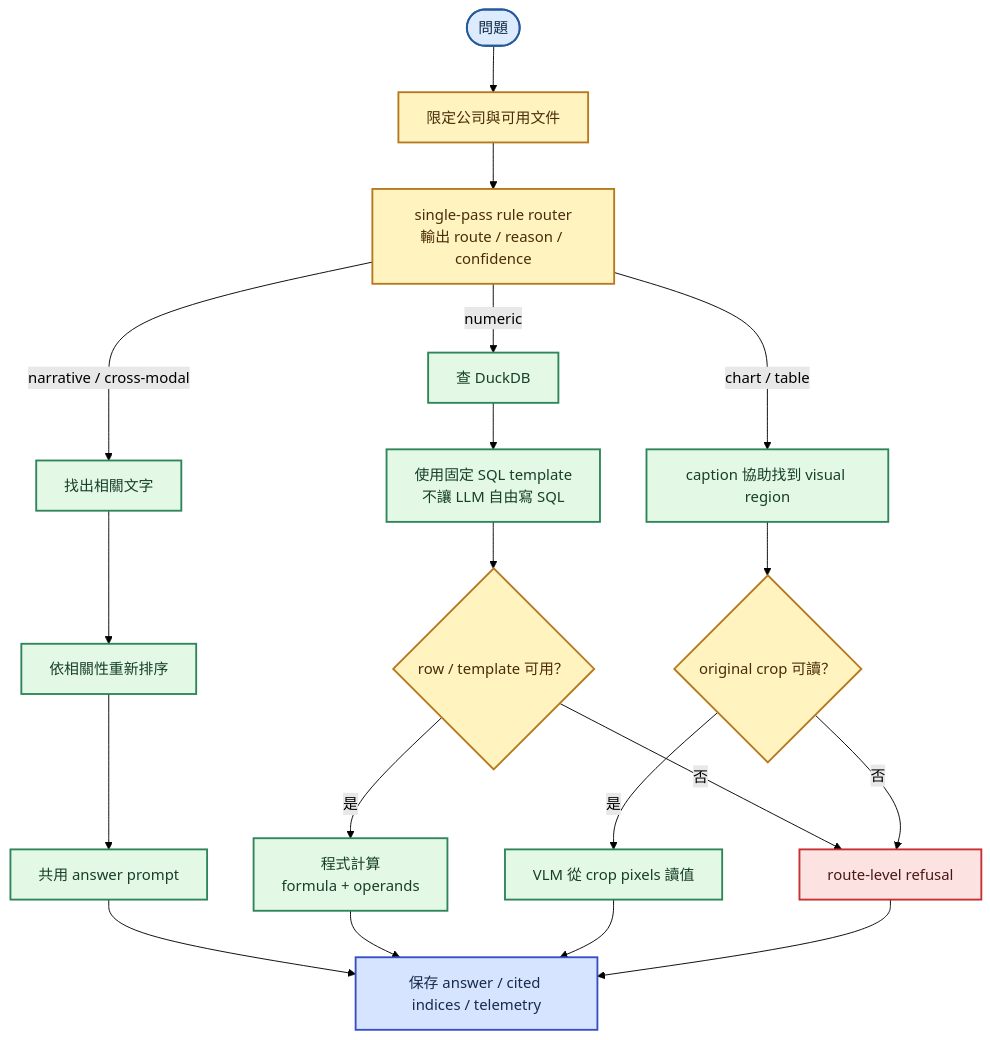
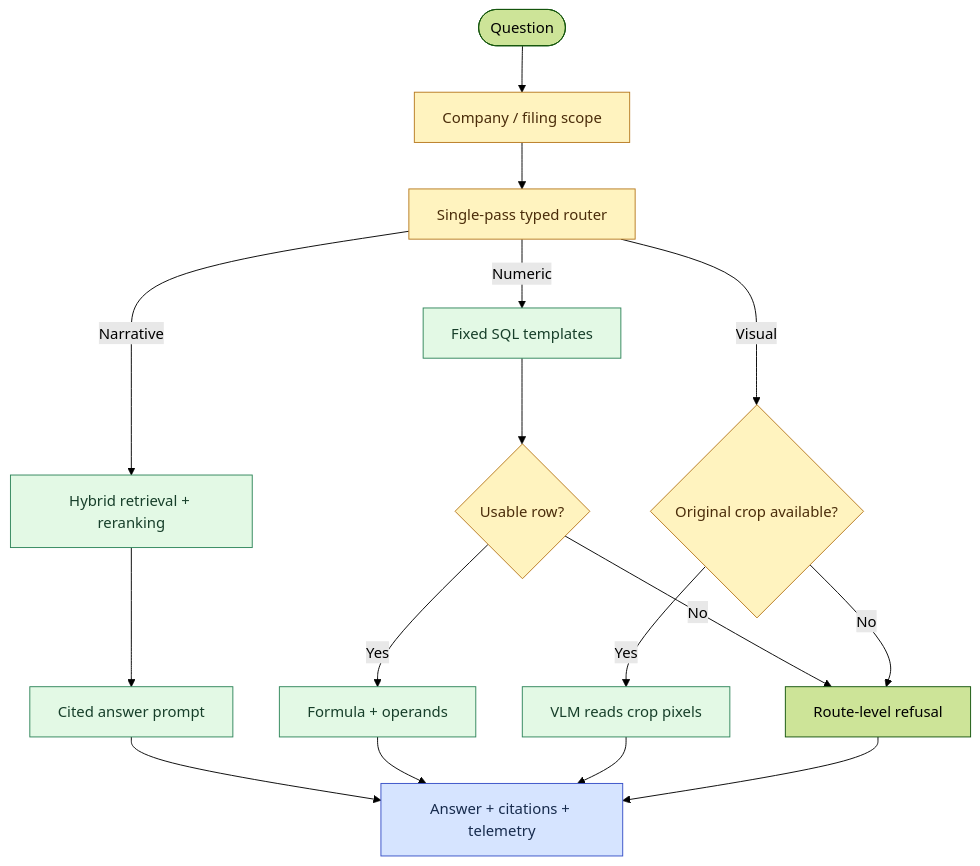
Before and after one commit to kuotunyu/tw-filing-intelligence: the second of 3 diagrams in README.md, drawn with Mermaid (forest theme). The commit also changed other lines of this file and 26 other files, not shown here.

````diff
--- a/README.md
+++ b/README.md
@@ -106,37 +68,25 @@
 ```mermaid
 flowchart TD
-    Query(["問題"]) --> Scope["限定公司與可用文件"]
-    Scope --> Router["single-pass rule router<br/>輸出 route / reason / confidence"]
+    Query(["Question"]) --> Scope["Company / filing scope"]
+    Scope --> Router["Single-pass typed router"]
+    Router -->|"Narrative"| Retrieve["Hybrid retrieval + reranking"]
+    Retrieve --> Generate["Cited answer prompt"]
+    Router -->|"Numeric"| SQL["Fixed SQL templates"]
+    SQL --> NumericResult{"Usable row?"}
+    NumericResult -->|"Yes"| Calculate["Formula + operands"]
+    NumericResult -->|"No"| Refuse["Route-level refusal"]
+    Router -->|"Visual"| Crop{"Original crop available?"}
+    Crop -->|"Yes"| VLM["VLM reads crop pixels"]
+    Crop -->|"No"| Refuse
+    Generate --> Output["Answer + citations + telemetry"]
+    Calculate --> Output
+    VLM --> Output
+    Refuse --> Output
 
-    Router -->|"narrative / cross-modal"| Narrative["找出相關文字"]
-    Narrative --> Rerank["依相關性重新排序"]
-    Rerank --> Generate["共用 answer prompt"]
-
-    Router -->|"numeric"| Numeric["查 DuckDB"]
-    Numeric --> SQL["使用固定 SQL template<br/>不讓 LLM 自由寫 SQL"]
-    SQL --> NumericResult{"row / template 可用？"}
-    NumericResult -->|"是"| Calc["程式計算<br/>formula + operands"]
-    NumericResult -->|"否"| RouteRefusal["route-level refusal"]
-
-    Router -->|"chart / table"| Visual["caption 協助找到 visual region"]
-    Visual --> Crop{"original crop 可讀？"}
-    Crop -->|"是"| VLM["VLM 從 crop pixels 讀值"]
-    Crop -->|"否"| RouteRefusal
-
-    Generate --> Output["保存 answer / cited indices / telemetry"]
-    Calc --> Output
-    VLM --> Output
-    RouteRefusal --> Output
-
-    classDef input fill:#DDEBFF,stroke:#245A9A,stroke-width:2px,color:#102A43
-    classDef control fill:#FFF3BF,stroke:#B7791F,stroke-width:2px,color:#4A2C0A
-    classDef route fill:#E3F9E5,stroke:#2F855A,stroke-width:2px,color:#173F2A
-    classDef output fill:#D6E4FF,stroke:#364FC7,stroke-width:2px,color:#172B4D
-    classDef refusal fill:#FDE2E2,stroke:#C53030,stroke-width:2px,color:#4A1717
-
-    class Query input
+    classDef control fill:#FFF3BF,stroke:#B7791F,color:#4A2C0A
+    classDef route fill:#E3F9E5,stroke:#2F855A,color:#173F2A
+    classDef output fill:#D6E4FF,stroke:#364FC7,color:#172B4D
     class Scope,Router,NumericResult,Crop control
-    class Narrative,Rerank,Generate,Numeric,SQL,Calc,Visual,VLM route
+    class Retrieve,Generate,SQL,Calculate,VLM route
     class Output output
-    class RouteRefusal refusal
 ```
````
